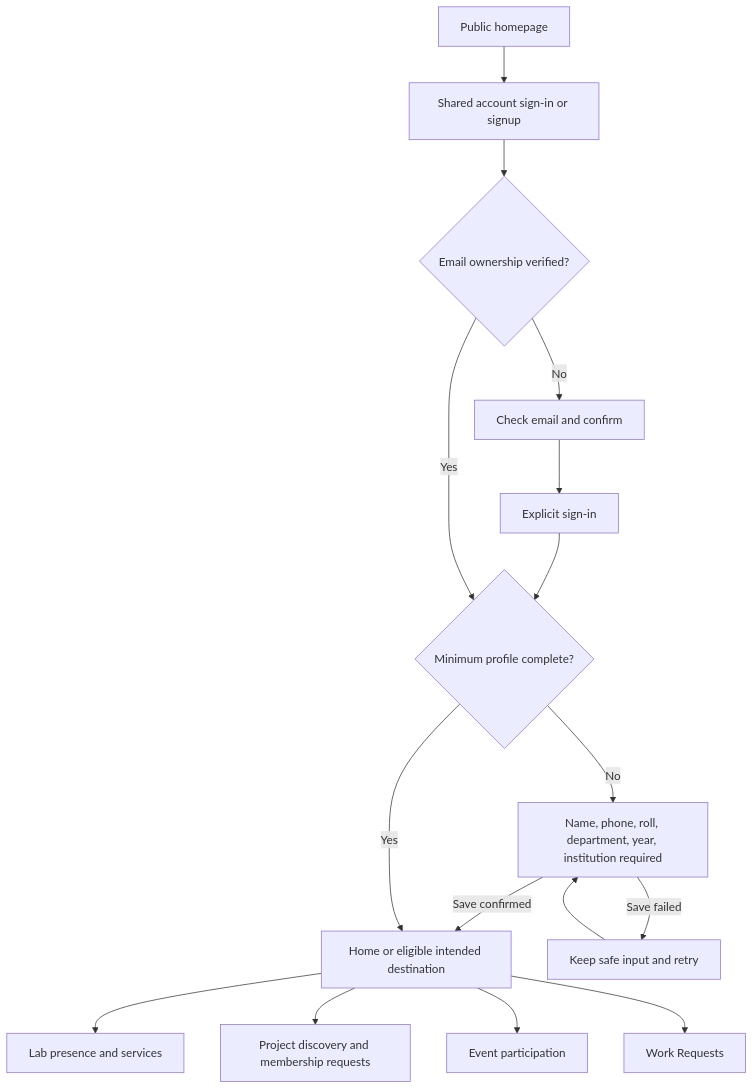
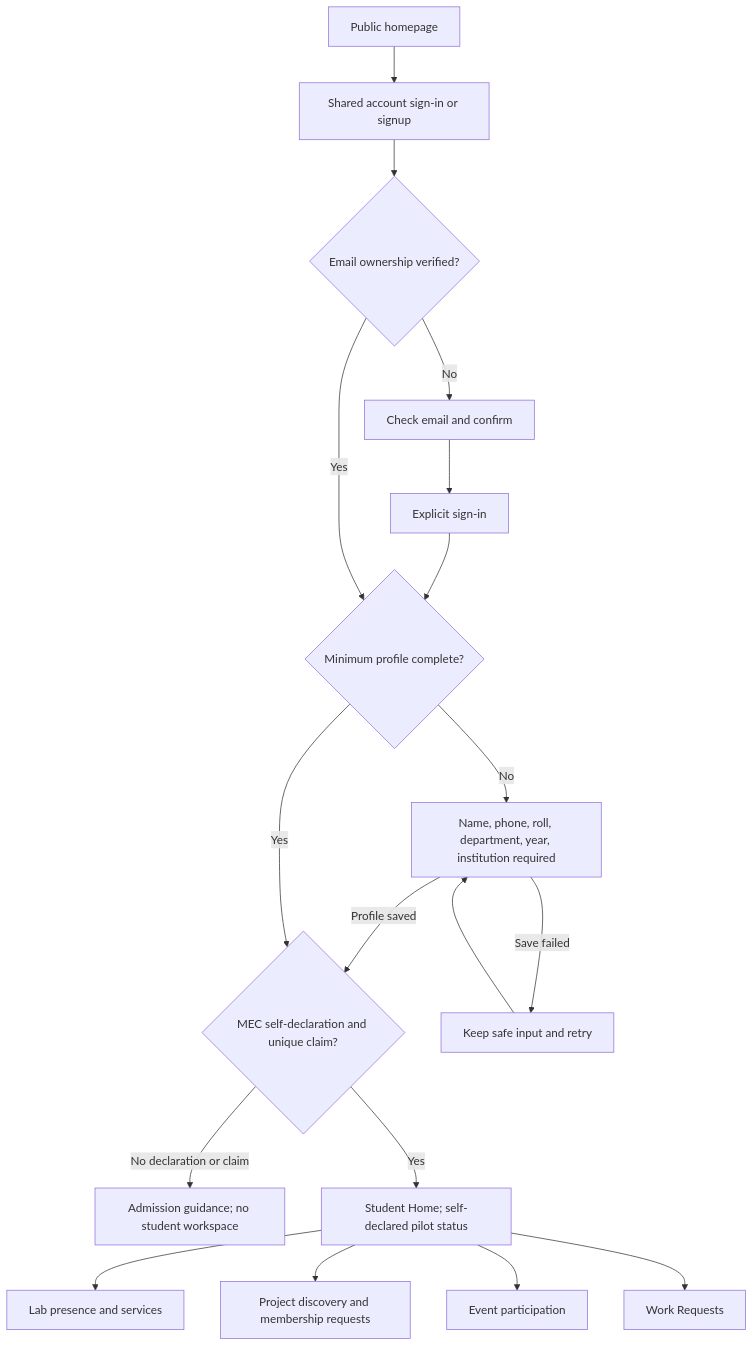
The first of 3 diagrams in docs/experience.md (MEC-IDEALAB/IDEALAB-MEC-WEB), drawn with Mermaid before and after one commit. The commit also changed other lines of this file and 33 other files, not shown here.

Commit message:
Polish IDEALAB MEC responsive website and document pilot gates

````diff
--- a/docs/experience.md
+++ b/docs/experience.md
@@ -105,18 +251,20 @@
 ```mermaid
 flowchart TD
   Public[Public homepage] --> Auth[Shared account sign-in or signup]
   Auth --> Verify{Email ownership verified?}
   Verify -->|No| Email[Check email and confirm]
   Email --> Login[Explicit sign-in]
   Login --> Minimum
   Verify -->|Yes| Minimum{Minimum profile complete?}
   Minimum -->|No| Setup[Name, phone, roll, department, year, institution required]
-  Setup -->|Save confirmed| Home[Home or eligible intended destination]
+  Setup -->|Profile saved| Admission{MEC self-declaration and unique claim?}
   Setup -->|Save failed| Retry[Keep safe input and retry]
   Retry --> Setup
-  Minimum -->|Yes| Home
+  Minimum -->|Yes| Admission
+  Admission -->|No declaration or claim| Pending[Admission guidance; no student workspace]
+  Admission -->|Yes| Home[Student Home; self-declared pilot status]
   Home --> Lab[Lab presence and services]
   Home --> Projects[Project discovery and membership requests]
   Home --> Events[Event participation]
   Home --> Requests[Work Requests]
 ```
````
